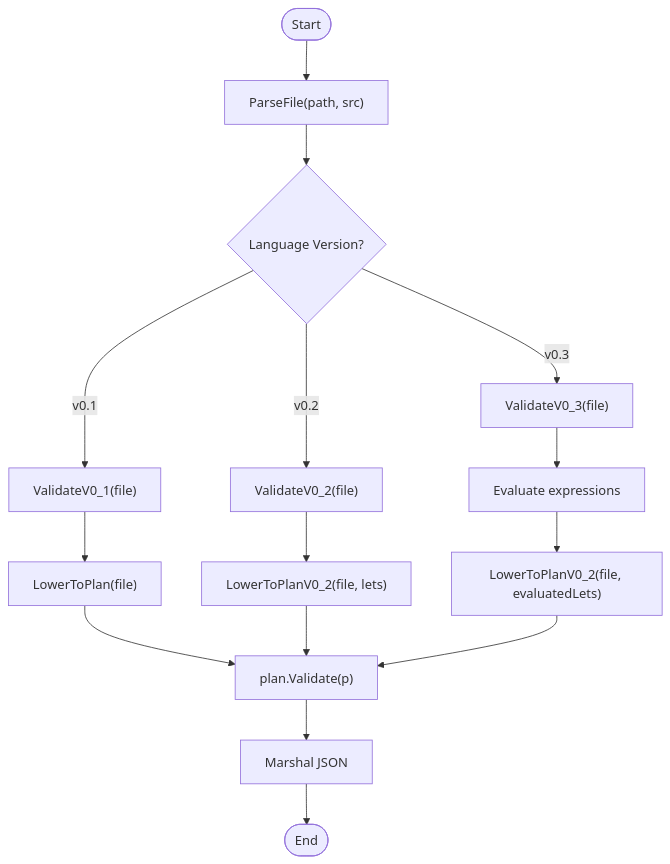
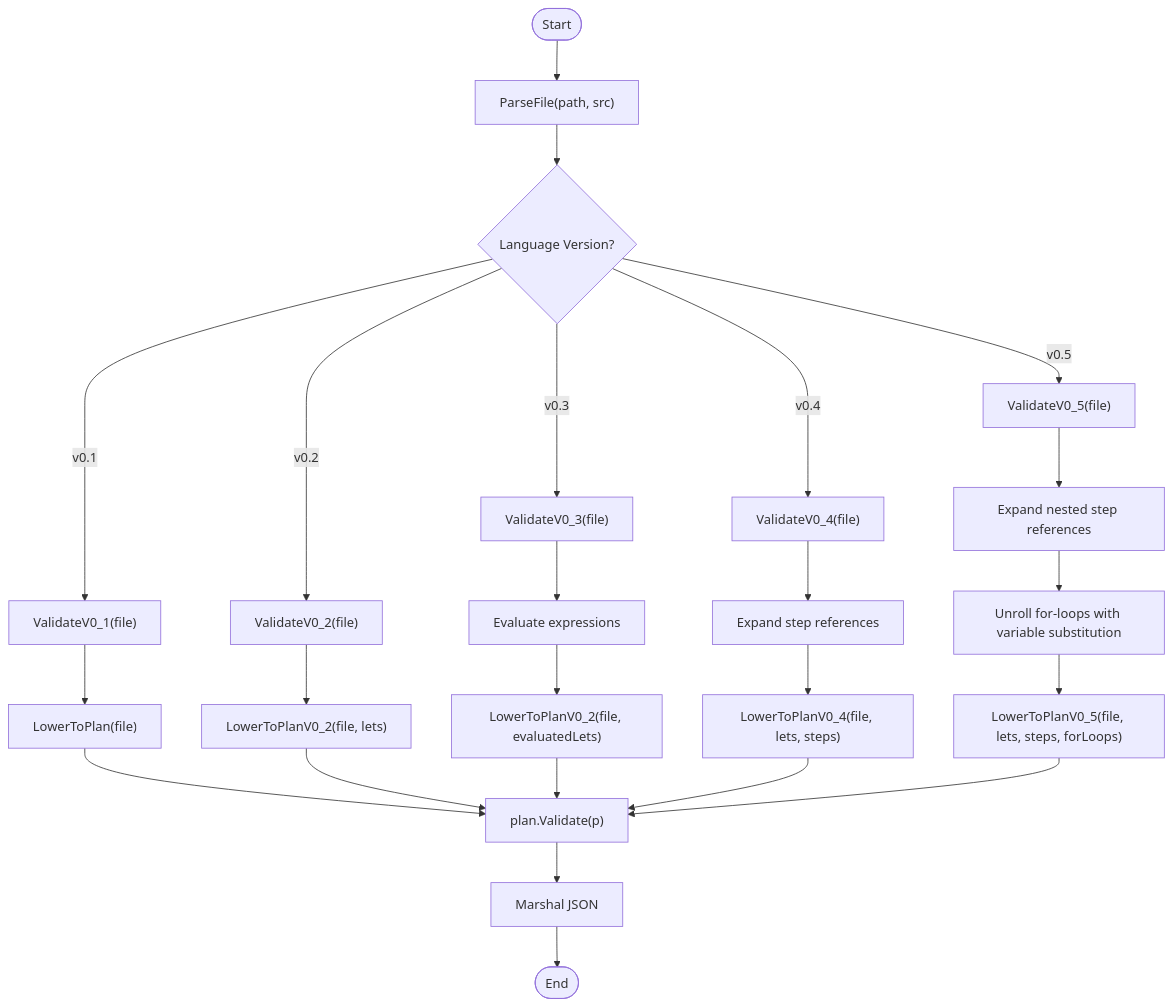
The fourth of 5 diagrams in .qoder/repowiki/en/content/.devops Language Reference/.devops Language Reference.md (ahmednour1430464/dotdevops), drawn with Mermaid before and after one commit. The commit also changed other lines of this file and 12 other files, not shown here.

First line of the commit message:
feat(devlang): add v0.5 for-loop and nested step support

````diff
--- a/.qoder/repowiki/en/content/.devops Language Reference/.devops Language Reference.md
+++ b/.qoder/repowiki/en/content/.devops Language Reference/.devops Language Reference.md
@@ -284,17 +399,26 @@
 ```mermaid
 flowchart TD
 Start(["Start"]) --> Parse["ParseFile(path, src)"]
 Parse --> Version{"Language Version?"}
 Version --> |v0.1| ValidateV01["ValidateV0_1(file)"]
 Version --> |v0.2| ValidateV02["ValidateV0_2(file)"]
 Version --> |v0.3| ValidateV03["ValidateV0_3(file)"]
+Version --> |v0.4| ValidateV04["ValidateV0_4(file)"]
+Version --> |v0.5| ValidateV05["ValidateV0_5(file)"]
 ValidateV01 --> LowerV01["LowerToPlan(file)"]
 ValidateV02 --> LowerV02["LowerToPlanV0_2(file, lets)"]
 ValidateV03 --> EvalV03["Evaluate expressions"]
 EvalV03 --> LowerV03["LowerToPlanV0_2(file, evaluatedLets)"]
+ValidateV04 --> ExpandSteps["Expand step references"]
+ExpandSteps --> LowerV04["LowerToPlanV0_4(file, lets, steps)"]
+ValidateV05 --> ExpandStepsV05["Expand nested step references"]
+ExpandStepsV05 --> UnrollForLoops["Unroll for-loops with variable substitution"]
+UnrollForLoops --> LowerV05["LowerToPlanV0_5(file, lets, steps, forLoops)"]
 LowerV01 --> PlanValidate["plan.Validate(p)"]
 LowerV02 --> PlanValidate
 LowerV03 --> PlanValidate
+LowerV04 --> PlanValidate
+LowerV05 --> PlanValidate
 PlanValidate --> JSON["Marshal JSON"]
 JSON --> End(["End"])
 ```
````
